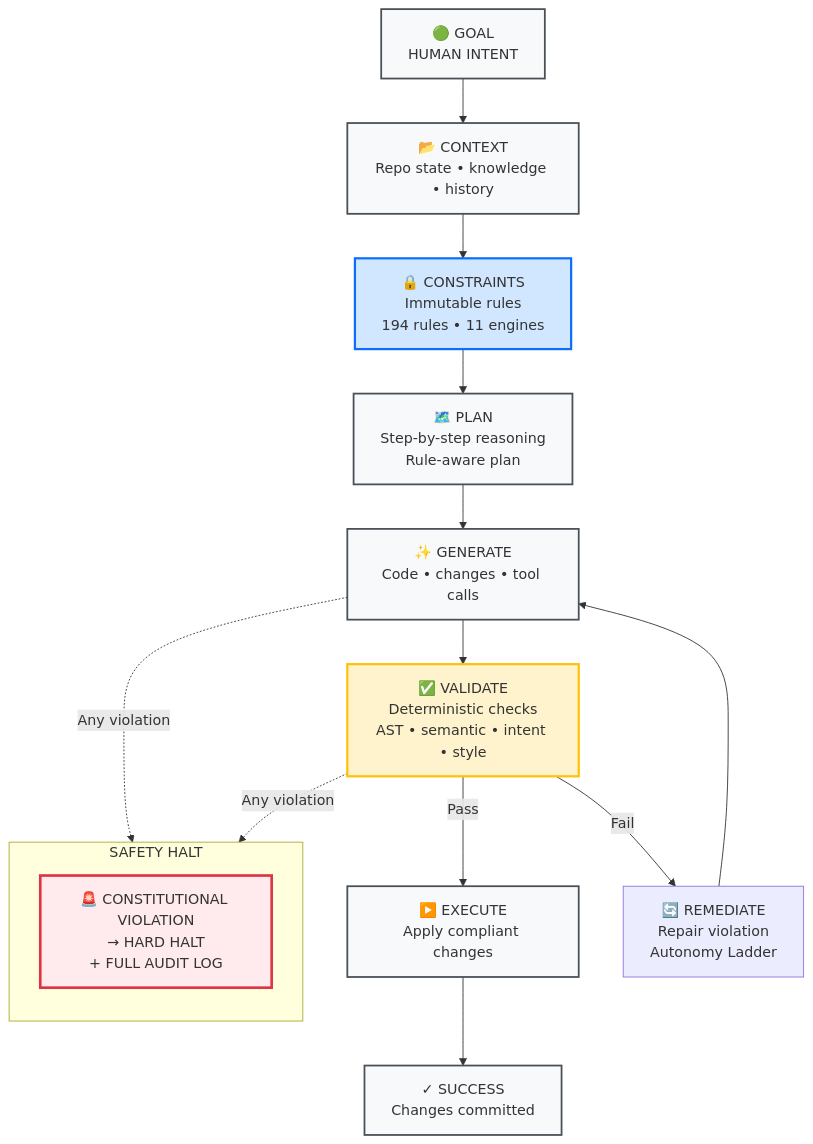
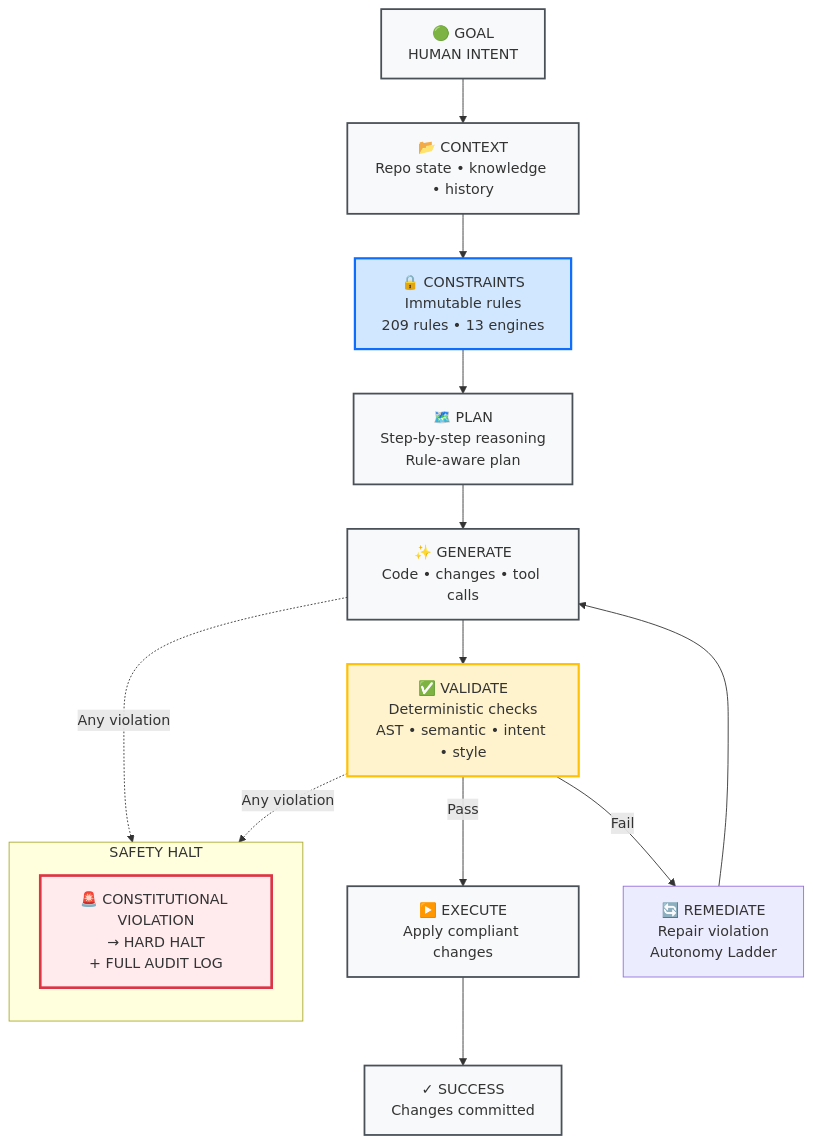
One commit to DariuszNewecki/CORE changed the diagram in README.md. Above: the diagram before and after it, drawn with Mermaid. The commit also changed other lines of this file, not shown here.

````diff
--- a/README.md
+++ b/README.md
@@ -127,30 +127,30 @@
 ```mermaid
 flowchart TD
     A["🟢 GOAL\nHUMAN INTENT"] --> B["📂 CONTEXT\nRepo state • knowledge • history"]
-    B --> C["🔒 CONSTRAINTS\nImmutable rules\n194 rules • 11 engines"]
+    B --> C["🔒 CONSTRAINTS\nImmutable rules\n209 rules • 13 engines"]
     C --> D["🗺️ PLAN\nStep-by-step reasoning\nRule-aware plan"]
     D --> E["✨ GENERATE\nCode • changes • tool calls"]
     E --> F["✅ VALIDATE\nDeterministic checks\nAST • semantic • intent • style"]
     F -->|Pass| G["▶️ EXECUTE\nApply compliant changes"]
     F -->|Fail| H["🔄 REMEDIATE\nRepair violation\nAutonomy Ladder"]
     H --> E
     G --> I["✓ SUCCESS\nChanges committed"]
 
     subgraph "SAFETY HALT"
         direction TB
         J["🚨 CONSTITUTIONAL VIOLATION\n→ HARD HALT\n+ FULL AUDIT LOG"]
     end
 
     E -.->|Any violation| J
     F -.->|Any violation| J
 
     classDef phase      fill:#f8f9fa,stroke:#495057,stroke-width:2px
     classDef constraint fill:#d1e7ff,stroke:#0d6efd,stroke-width:2.5px
     classDef validate   fill:#fff3cd,stroke:#ffc107,stroke-width:2.5px
     classDef halt       fill:#ffebee,stroke:#dc3545,stroke-width:3px
 
     class A,B,D,E,G,I phase
     class C constraint
     class F validate
     class J halt
 ```
````
